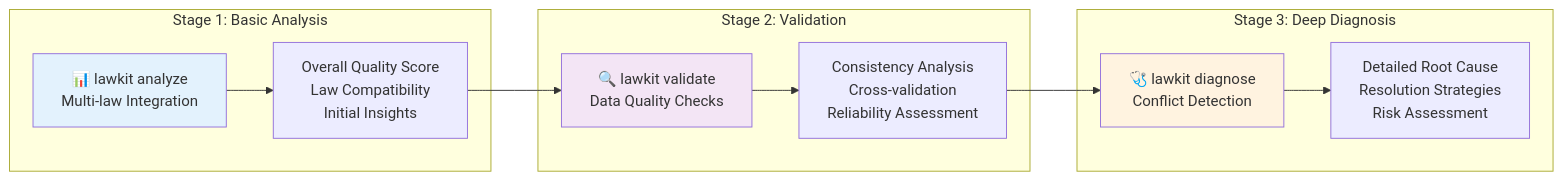
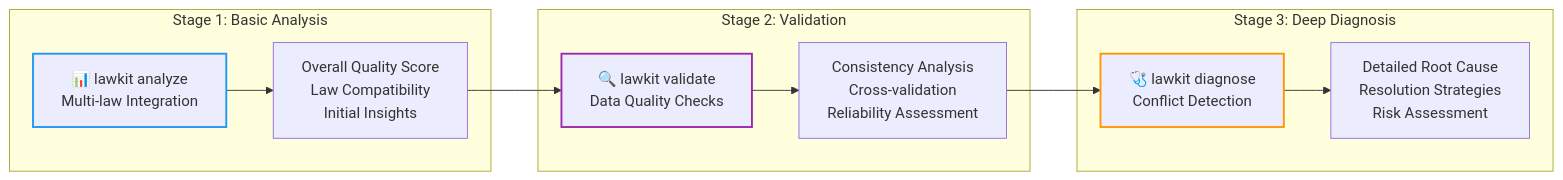
One commit to kako-jun/lawkit changed the second of 3 diagrams in README.md. Above: the diagram before and after it, drawn with Mermaid. The commit also changed other lines of this file and 2 other files, not shown here.

````diff
--- a/README.md
+++ b/README.md
@@ -112,20 +112,20 @@
 ```mermaid
 graph LR
     subgraph "Stage 1: Basic Analysis"
         A[📊 lawkit analyze<br/>Multi-law Integration] --> A1[Overall Quality Score<br/>Law Compatibility<br/>Initial Insights]
     end
     
     subgraph "Stage 2: Validation"
         A1 --> B[🔍 lawkit validate<br/>Data Quality Checks] 
         B --> B1[Consistency Analysis<br/>Cross-validation<br/>Reliability Assessment]
     end
     
     subgraph "Stage 3: Deep Diagnosis"
         B1 --> C[🩺 lawkit diagnose<br/>Conflict Detection]
         C --> C1[Detailed Root Cause<br/>Resolution Strategies<br/>Risk Assessment]
     end
     
-    style A fill:#e3f2fd
-    style B fill:#f3e5f5
-    style C fill:#fff3e0
+    style A stroke:#2196f3,stroke-width:2px
+    style B stroke:#9c27b0,stroke-width:2px
+    style C stroke:#ff9800,stroke-width:2px
 ```
````
